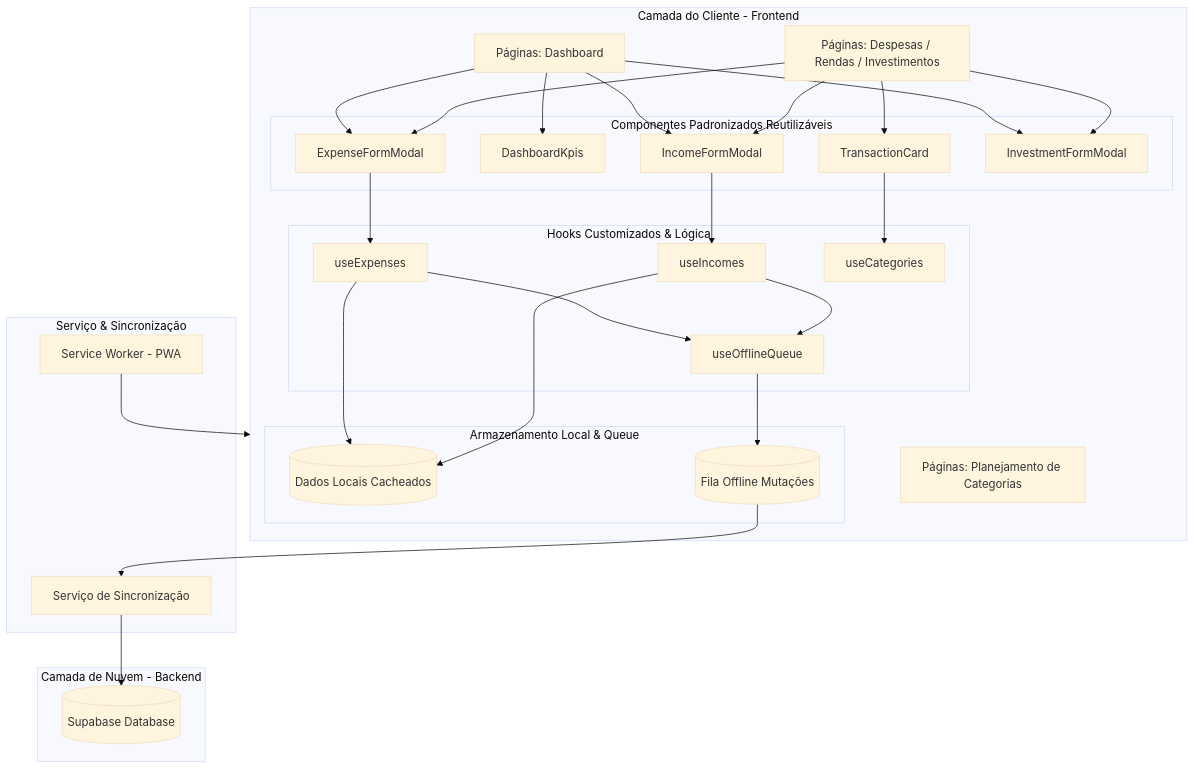
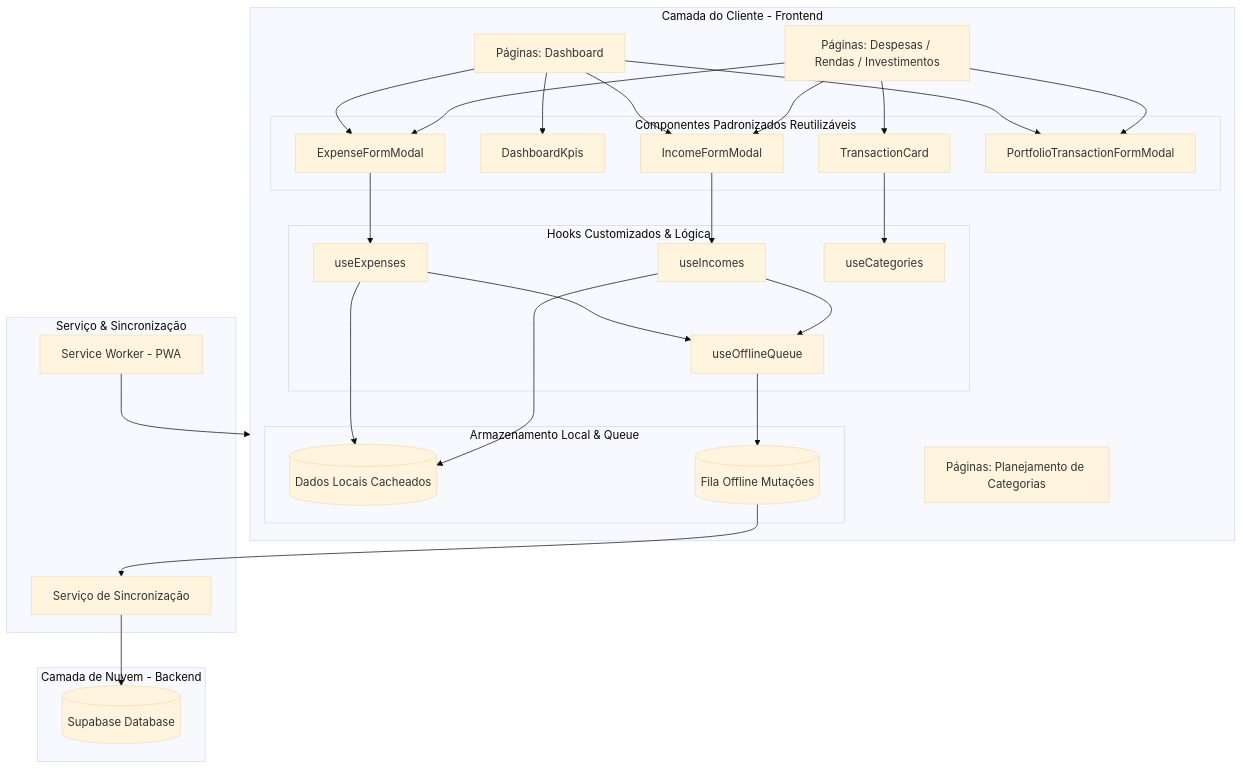
The diagram in docs/ARCHITECTURE.md (gabri3lsal3s/financasapp), drawn with Mermaid (base theme) before and after one commit. The commit also changed other lines of this file and 76 other files, not shown here.

````diff
--- a/docs/ARCHITECTURE.md
+++ b/docs/ARCHITECTURE.md
@@ -13,62 +13,62 @@
 ```mermaid
 graph TD
     subgraph Client [Camada do Cliente - Frontend]
         P_Dashboard[Páginas: Dashboard]
         P_Transactions[Páginas: Despesas / Rendas / Investimentos]
         P_Categories[Páginas: Planejamento de Categorias]
         
         subgraph UIComponents [Componentes Padronizados Reutilizáveis]
             C_Card[TransactionCard]
             C_Kpis[DashboardKpis]
             C_ExpModal[ExpenseFormModal]
             C_IncModal[IncomeFormModal]
-            C_InvModal[InvestmentFormModal]
+            C_InvModal[PortfolioTransactionFormModal]
         end
         
         subgraph Hooks [Hooks Customizados & Lógica]
             H_Expenses[useExpenses]
             H_Incomes[useIncomes]
             H_Categories[useCategories]
             H_Queue[useOfflineQueue]
         end
         
         subgraph LocalStorage [Armazenamento Local & Queue]
             L_Cache[(Dados Locais Cacheados)]
             L_Queue[(Fila Offline Mutações)]
         end
     end
 
     subgraph Service [Serviço & Sincronização]
         S_Sync[Serviço de Sincronização]
         S_SW[Service Worker - PWA]
     end
 
     subgraph Cloud [Camada de Nuvem - Backend]
         B_Supabase[(Supabase Database)]
     end
 
     %% Relações do Cliente
     P_Dashboard --> C_Kpis
     P_Dashboard --> C_ExpModal
     P_Dashboard --> C_IncModal
     P_Dashboard --> C_InvModal
     
     P_Transactions --> C_Card
     P_Transactions --> C_ExpModal
     P_Transactions --> C_IncModal
     P_Transactions --> C_InvModal
     
     C_ExpModal --> H_Expenses
     C_IncModal --> H_Incomes
     C_Card --> H_Categories
     
     H_Expenses --> H_Queue
     H_Incomes --> H_Queue
     H_Queue --> L_Queue
     H_Expenses --> L_Cache
     H_Incomes --> L_Cache
     
     L_Queue --> S_Sync
     S_Sync --> B_Supabase
     S_SW --> Client
 ```
````
